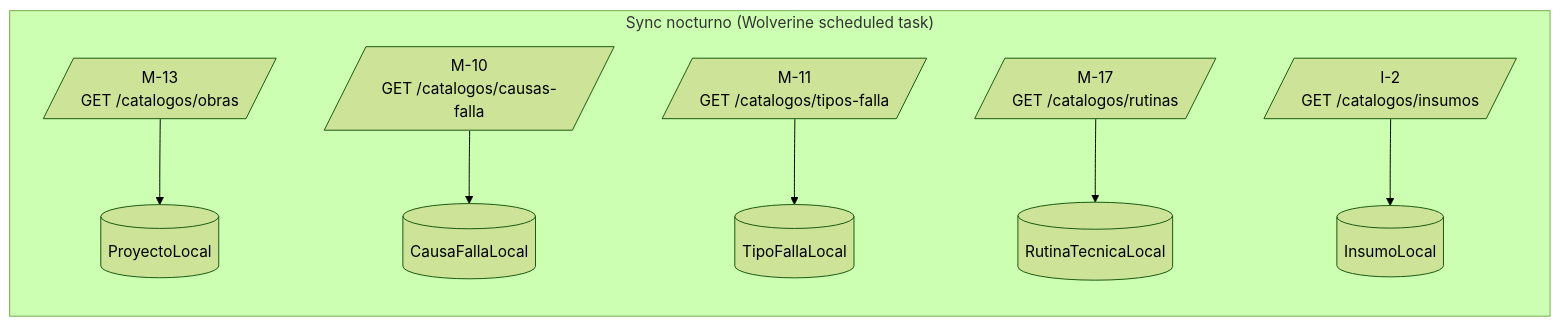
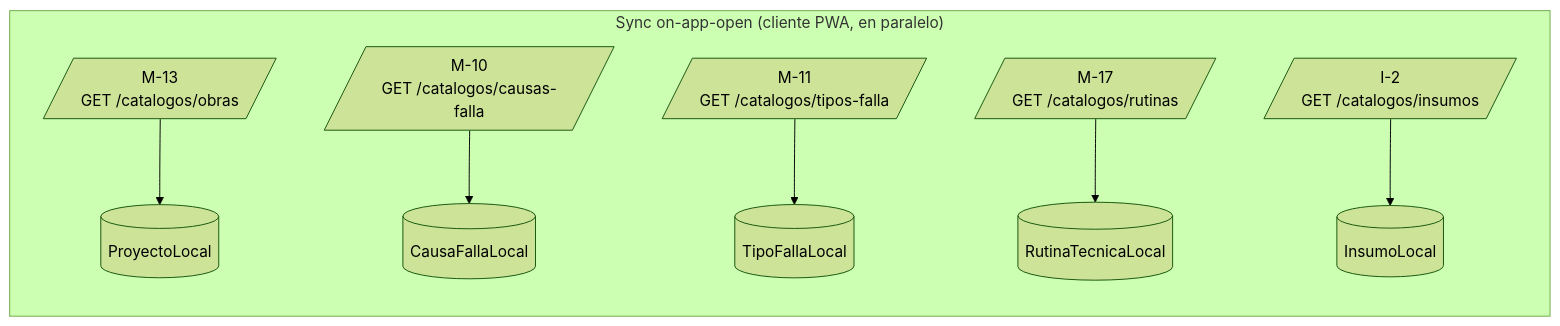
Before and after one commit to jaimeforerog/inspecciones: the first of 2 diagrams in Inspecciones/docs/02f-flujo-inspeccion-tecnica-manual.md, drawn with Mermaid (forest theme). The commit also changed other lines of this file and 19 other files, not shown here.

````diff
--- a/Inspecciones/docs/02f-flujo-inspeccion-tecnica-manual.md
+++ b/Inspecciones/docs/02f-flujo-inspeccion-tecnica-manual.md
@@ -24,10 +26,10 @@
 ```mermaid
 flowchart LR
-    subgraph "Sync nocturno (Wolverine scheduled task)"
+    subgraph "Sync on-app-open (cliente PWA, en paralelo)"
         S1[/M-13<br>GET /catalogos/obras/] --> P1[(ProyectoLocal)]
         S2[/M-10<br>GET /catalogos/causas-falla/] --> P2[(CausaFallaLocal)]
         S3[/M-11<br>GET /catalogos/tipos-falla/] --> P3[(TipoFallaLocal)]
         S4[/M-17<br>GET /catalogos/rutinas/] --> P4[(RutinaTecnicaLocal)]
         S5[/I-2<br>GET /catalogos/insumos/] --> P5[(InsumoLocal)]
     end
 ```
````
